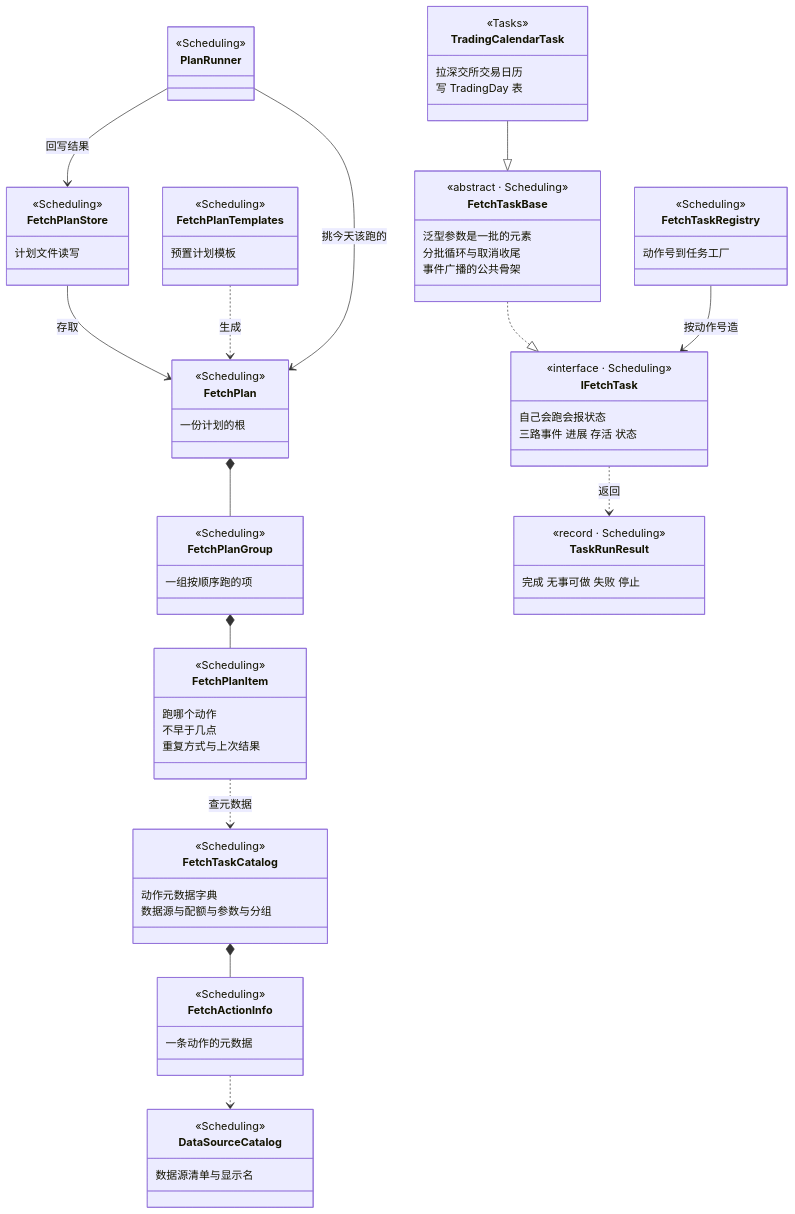
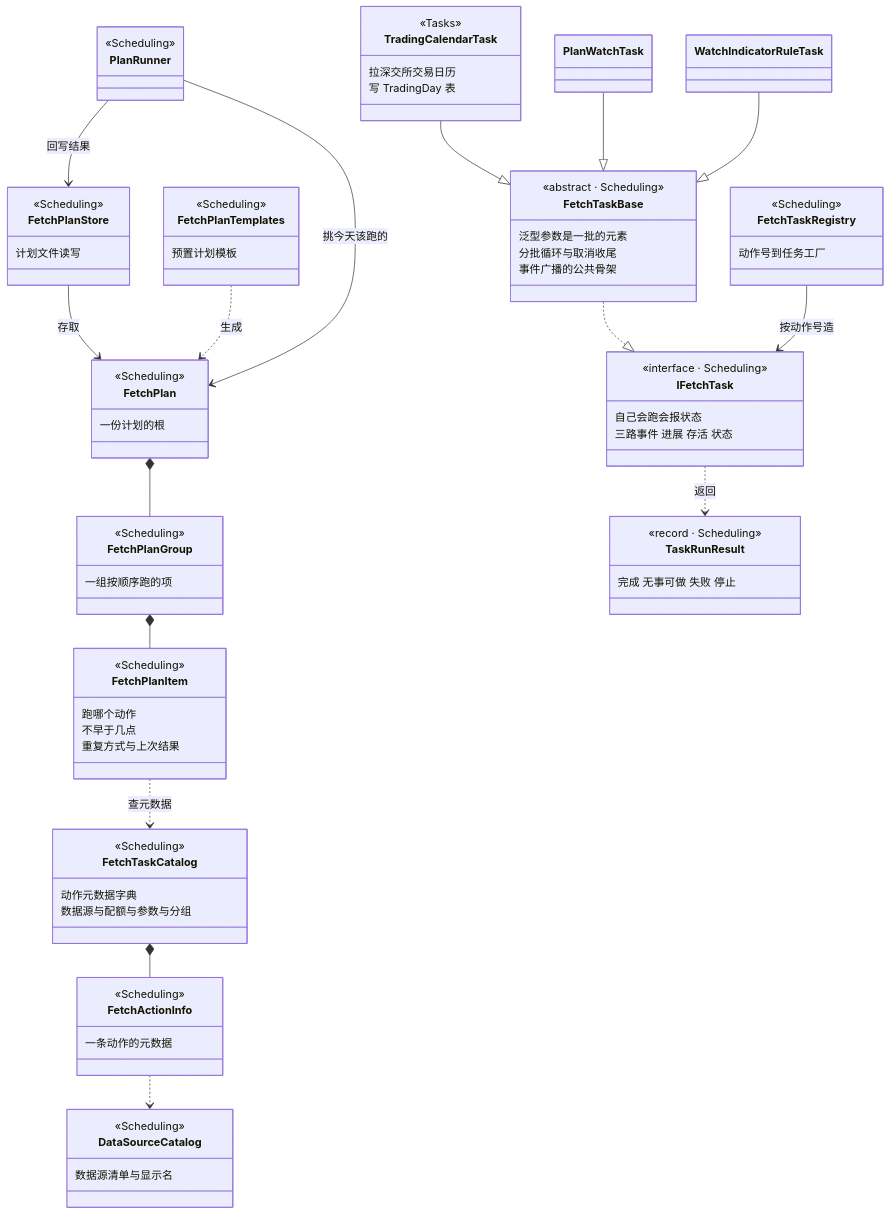
The third of 9 diagrams in doc/solution-class-map.md (lcq9732/stock), drawn with Mermaid before and after one commit. The commit also changed other lines of this file and 70 other files, not shown here.

````diff
--- a/doc/solution-class-map.md
+++ b/doc/solution-class-map.md
@@ -246,6 +249,8 @@
 PlanRunner --> FetchPlanStore : 回写结果
 FetchTaskBase ..|> IFetchTask
 TradingCalendarTask --|> FetchTaskBase
+PlanWatchTask --|> FetchTaskBase
+WatchIndicatorRuleTask --|> FetchTaskBase
 FetchTaskRegistry --> IFetchTask : 按动作号造
 IFetchTask ..> TaskRunResult : 返回
 ```
````
